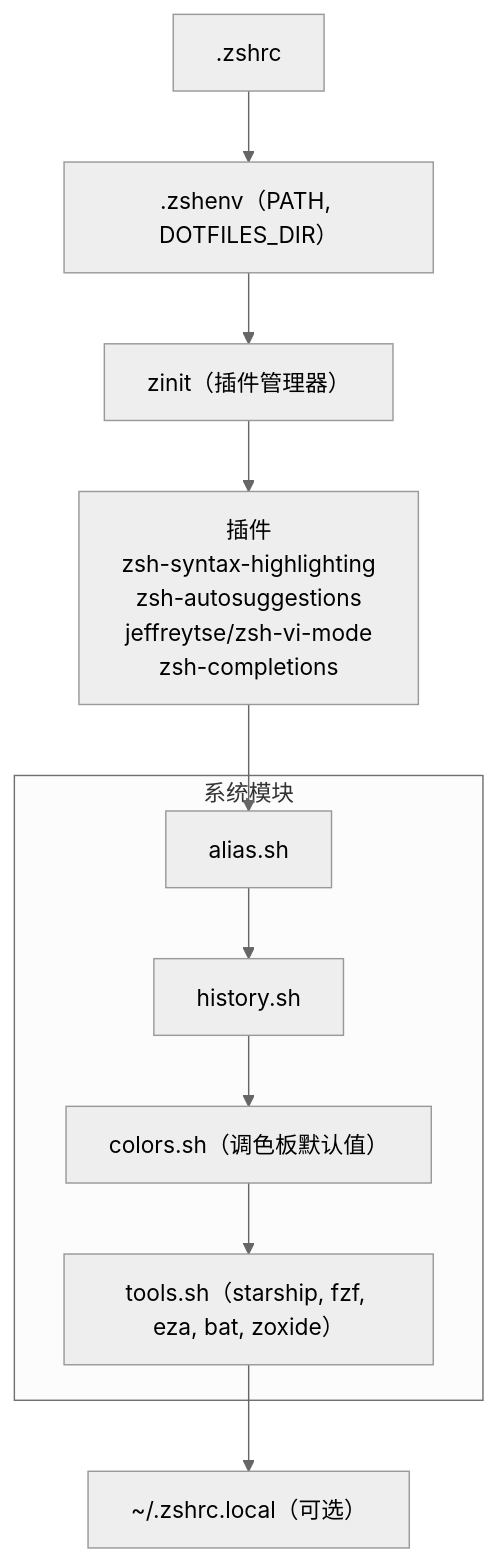
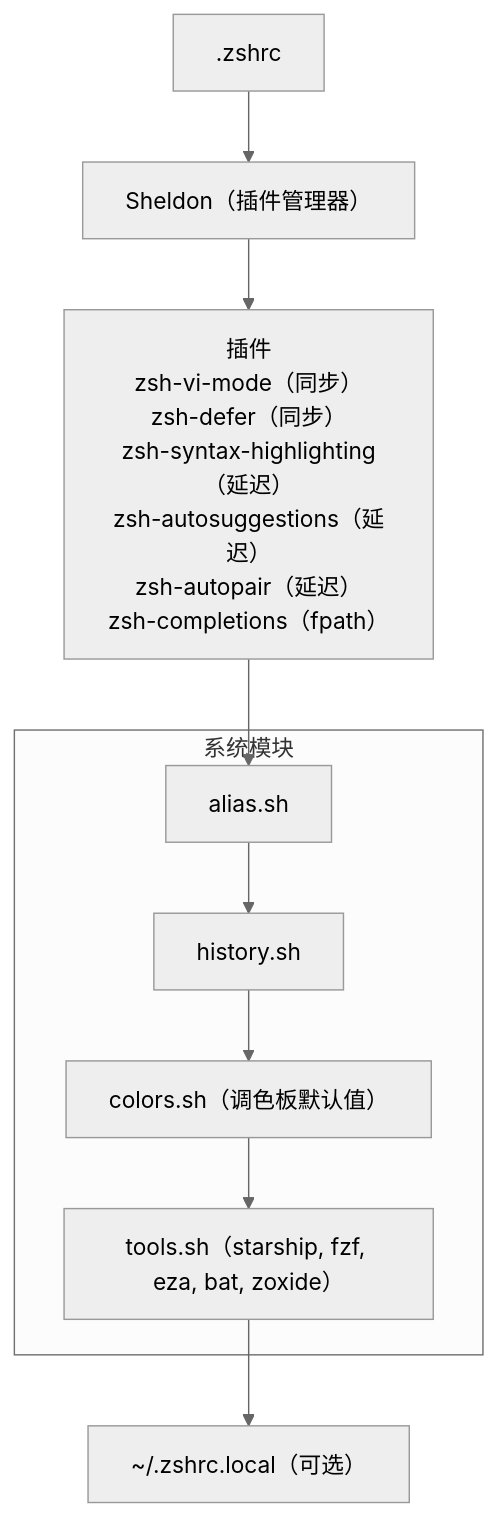
The third of 4 diagrams in README.zh-CN.md (slashspace/dotfiles), drawn with Mermaid (neutral theme) before and after one commit. The commit also changed other lines of this file and 51 other files, not shown here.

First line of the commit message:
refactor: replace zinit with Sheldon, simplify Ghostty and shell config

````diff
--- a/README.zh-CN.md
+++ b/README.zh-CN.md
@@ -120,23 +118,21 @@
 ```mermaid
 flowchart TB
     ZSHRC[".zshrc"]
-    ZSHENV[".zshenv（PATH, DOTFILES_DIR）"]
-    ZINIT["zinit（插件管理器）"]
-    PLUGINS["插件<br/>zsh-syntax-highlighting<br/>zsh-autosuggestions<br/>jeffreytse/zsh-vi-mode<br/>zsh-completions"]
+    SHELDON["Sheldon（插件管理器）"]
+    PLUGINS["插件<br/>zsh-vi-mode（同步）<br/>zsh-defer（同步）<br/>zsh-syntax-highlighting（延迟）<br/>zsh-autosuggestions（延迟）<br/>zsh-autopair（延迟）<br/>zsh-completions（fpath）"]
 
     subgraph modules ["系统模块"]
         ALIAS["alias.sh"]
         HIST["history.sh"]
         CLR["colors.sh（调色板默认值）"]
         TOOL["tools.sh（starship, fzf, eza, bat, zoxide）"]
     end
 
     LOCAL["~/.zshrc.local（可选）"]
 
-    ZSHRC --> ZSHENV
-    ZSHENV --> ZINIT
-    ZINIT --> PLUGINS
+    ZSHRC --> SHELDON
+    SHELDON --> PLUGINS
     PLUGINS --> ALIAS
     ALIAS --> HIST --> CLR --> TOOL
     TOOL --> LOCAL
 ```
````
